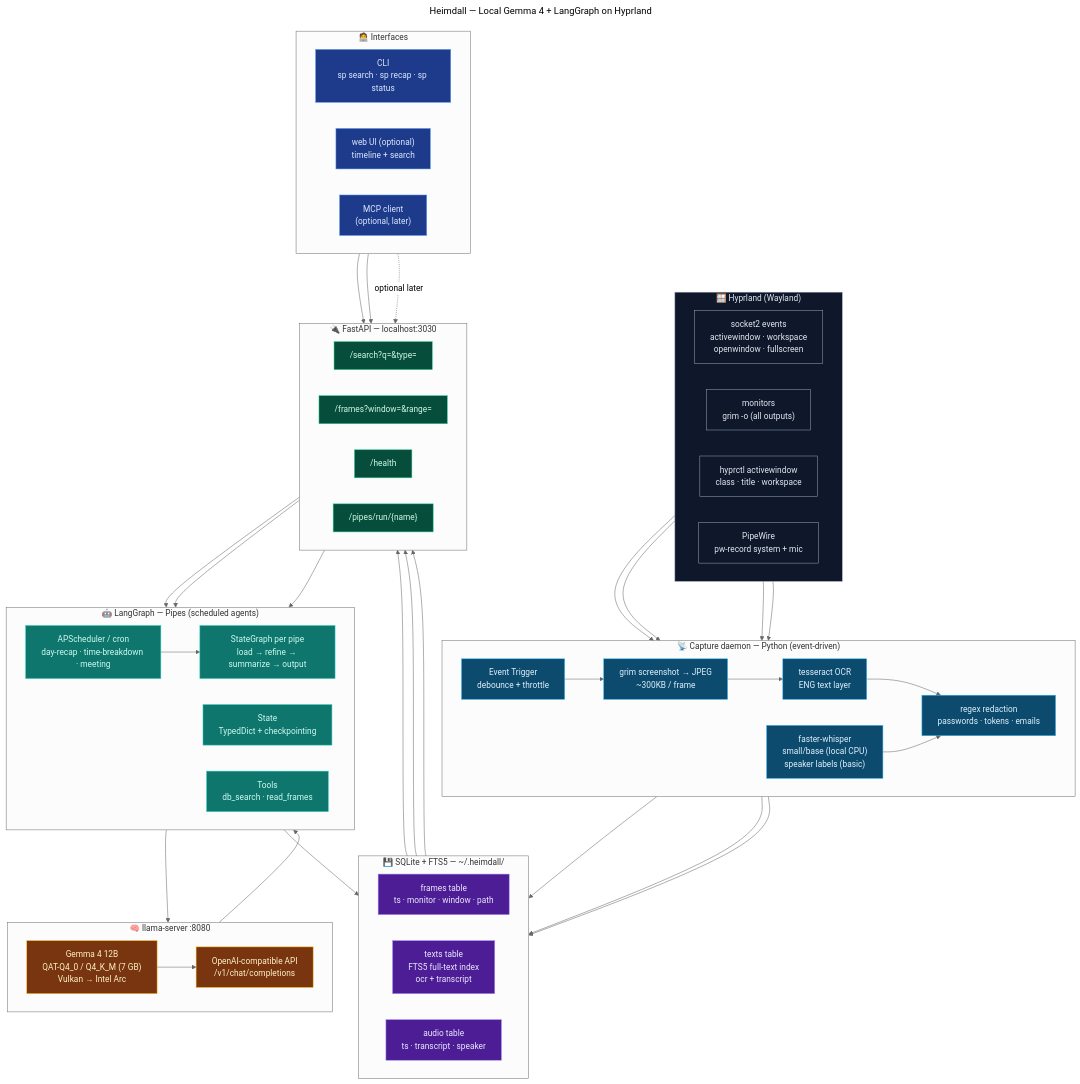
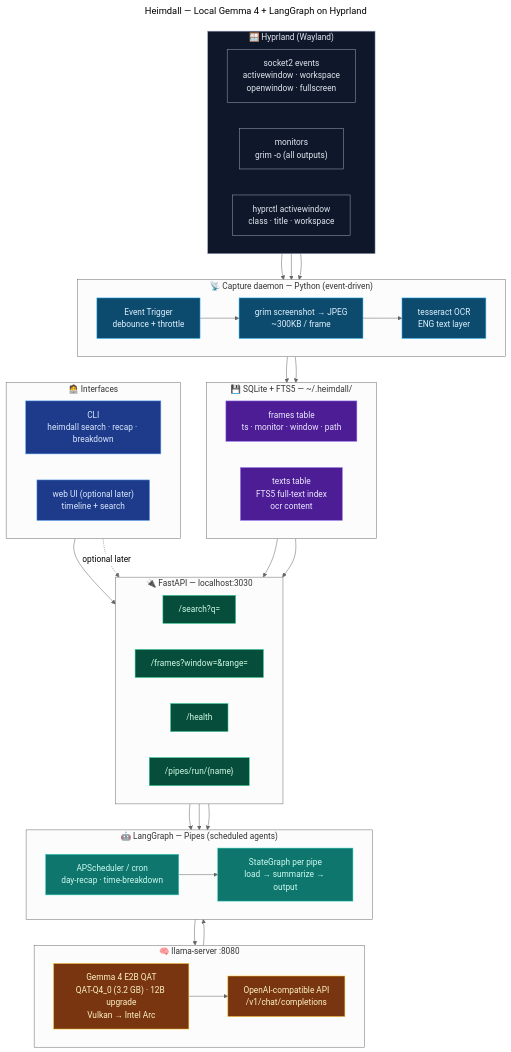
One commit to adityanandanx/heimdall changed the diagram in architecture.mmd. Above: the diagram before and after it, drawn with Mermaid (neutral theme). The commit also changed 2 other files, not shown here.

Commit message:
Drop PLAN.md and architecture.jpg; trim architecture.mmd to screen-only scope (no audio, no redaction, heimdall CLI, E2B QAT model)

```diff
--- a/architecture.mmd
+++ b/architecture.mmd
@@ -1,102 +1,88 @@
 ---
 title: Heimdall — Local Gemma 4 + LangGraph on Hyprland
 ---
 flowchart TB
     subgraph HYPR["🪟 Hyprland (Wayland)"]
         direction LR
         IPC["socket2 events<br/>activewindow · workspace<br/>openwindow · fullscreen"]
         MON["monitors<br/>grim -o (all outputs)"]
         WINMETA["hyprctl activewindow<br/>class · title · workspace"]
-        AUD["PipeWire<br/>pw-record system + mic"]
     end
 
     subgraph CAP["📡 Capture daemon — Python (event-driven)"]
         direction LR
         TRIG["Event Trigger<br/>debounce + throttle"]
         SHOT["grim screenshot → JPEG<br/>~300KB / frame"]
         OCR["tesseract OCR<br/>ENG text layer"]
-        STT["faster-whisper<br/>small/base (local CPU)<br/>speaker labels (basic)"]
-        REDACT["regex redaction<br/>passwords · tokens · emails"]
     end
 
     subgraph DB["💾 SQLite + FTS5 — ~/.heimdall/"]
         direction LR
         FRAMES["frames table<br/>ts · monitor · window · path"]
-        TEXTS["texts table<br/>FTS5 full-text index<br/>ocr + transcript"]
-        AUDIO["audio table<br/>ts · transcript · speaker"]
+        TEXTS["texts table<br/>FTS5 full-text index<br/>ocr content"]
     end
 
     subgraph API["🔌 FastAPI — localhost:3030"]
         direction LR
-        SEARCH["/search?q=&type="]
+        SEARCH["/search?q="]
         FRAMES_EP["/frames?window=&range="]
         HEALTH["/health"]
         PIPES_EP["/pipes/run/{name}"]
     end
 
     subgraph LG["🤖 LangGraph — Pipes (scheduled agents)"]
         direction LR
-        GRAPH["StateGraph per pipe<br/>load → refine → summarize → output"]
-        STATE["State<br/>TypedDict + checkpointing"]
-        TOOLS["Tools<br/>db_search · read_frames"]
-        SCHED["APScheduler / cron<br/>day-recap · time-breakdown · meeting"]
+        GRAPH["StateGraph per pipe<br/>load → summarize → output"]
+        SCHED["APScheduler / cron<br/>day-recap · time-breakdown"]
     end
 
     subgraph LLM["🧠 llama-server :8080"]
         direction LR
-        GEMMA["Gemma 4 12B<br/>QAT-Q4_0 / Q4_K_M (7 GB)<br/>Vulkan → Intel Arc"]
-        MCP["OpenAI-compatible API<br/>/v1/chat/completions"]
+        GEMMA["Gemma 4 E2B QAT<br/>QAT-Q4_0 (3.2 GB) · 12B upgrade<br/>Vulkan → Intel Arc"]
+        OPENAI["OpenAI-compatible API<br/>/v1/chat/completions"]
     end
 
     subgraph CLIENT["🧑‍💻 Interfaces"]
         direction LR
-        CLI["CLI<br/>sp search · sp recap · sp status"]
-        WEB["web UI (optional)<br/>timeline + search"]
-        AGENT["MCP client<br/>(optional, later)"]
+        CLI["CLI<br/>heimdall search · recap · breakdown"]
+        WEB["web UI (optional later)<br/>timeline + search"]
     end
 
     IPC --> TRIG
     MON --> SHOT
     WINMETA --> SHOT
-    AUD --> STT
     TRIG --> SHOT
     SHOT --> OCR
-    OCR --> REDACT
-    STT --> REDACT
-    REDACT --> TEXTS
+    OCR --> TEXTS
     SHOT --> FRAMES
-    STT --> AUDIO
 
     TEXTS --> SEARCH
     FRAMES --> FRAMES_EP
-    AUDIO --> SEARCH
 
     SEARCH --> GRAPH
     FRAMES_EP --> GRAPH
-    TOOLS --> DB
     GRAPH --> LLM
-    GEMMA --> MCP
-    MCP --> GRAPH
+    GEMMA --> OPENAI
+    OPENAI --> GRAPH
 
     PIPES_EP --> SCHED
     SCHED --> GRAPH
 
     CLI --> API
-    WEB --> API
-    AGENT -.optional later.-> API
+    WEB -.optional later.-> API
 
     classDef hypr fill:#0f172a,stroke:#94a3b8,color:#e2e8f0
     classDef cap fill:#0c4a6e,stroke:#38bdf8,color:#e0f2fe
     classDef db fill:#4c1d95,stroke:#a78bfa,color:#ede9fe
     classDef api fill:#064e3b,stroke:#34d399,color:#d1fae5
     classDef lg fill:#0f766e,stroke:#2dd4bf,color:#ccfbf1
     classDef llm fill:#78350f,stroke:#fbbf24,color:#fef3c7
     classDef client fill:#1e3a8a,stroke:#60a5fa,color:#dbeafe
     class HYPR hypr
-    class IPC,MON,WINMETA,AUD hypr
-    class TRIG,SHOT,OCR,STT,REDACT cap
-    class FRAMES,TEXTS,AUDIO db
+    class IPC,MON,WINMETA hypr
+    class TRIG,SHOT,OCR cap
+    class FRAMES,TEXTS db
     class SEARCH,FRAMES_EP,HEALTH,PIPES_EP api
-    class GRAPH,STATE,TOOLS,SCHED lg
-    class GEMMA,MCP llm
-    class CLI,WEB,AGENT client
+    class GRAPH,SCHED lg
+    class GEMMA,OPENAI llm
+    class CLI,WEB client
```
